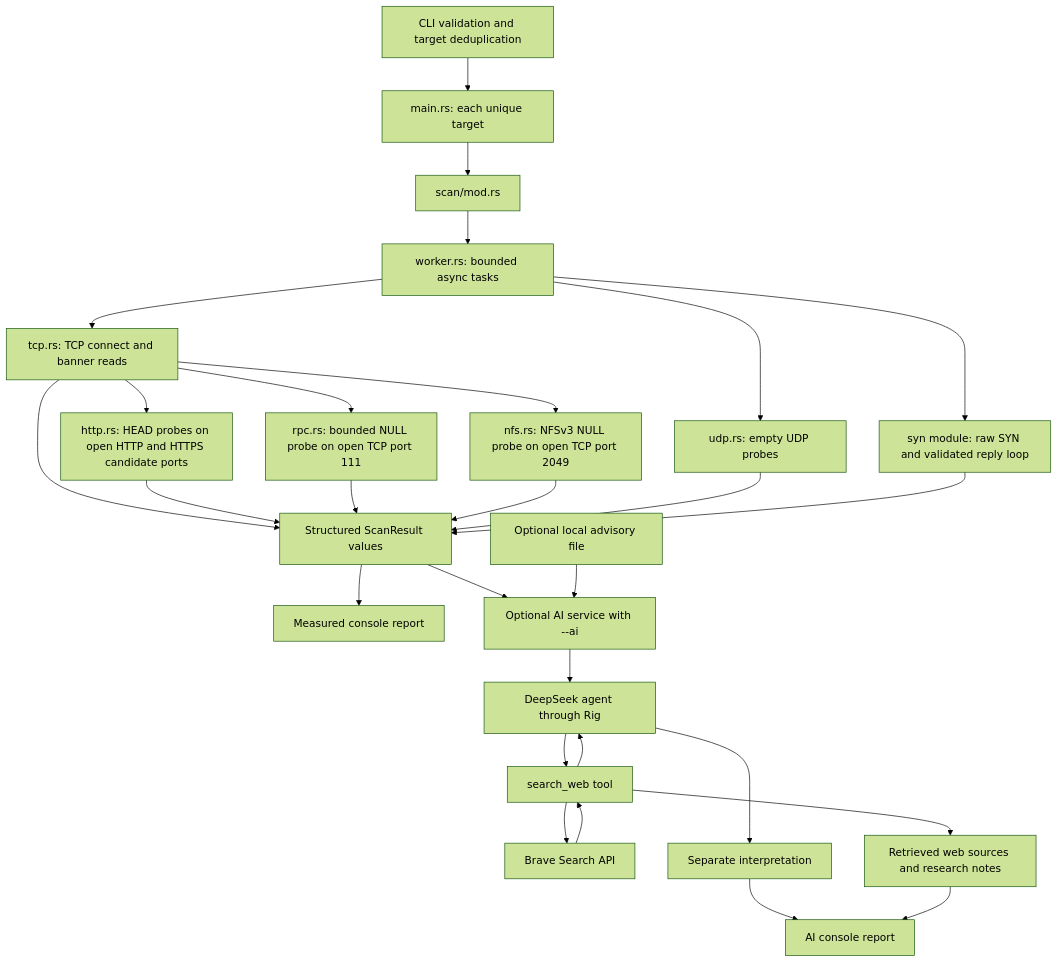
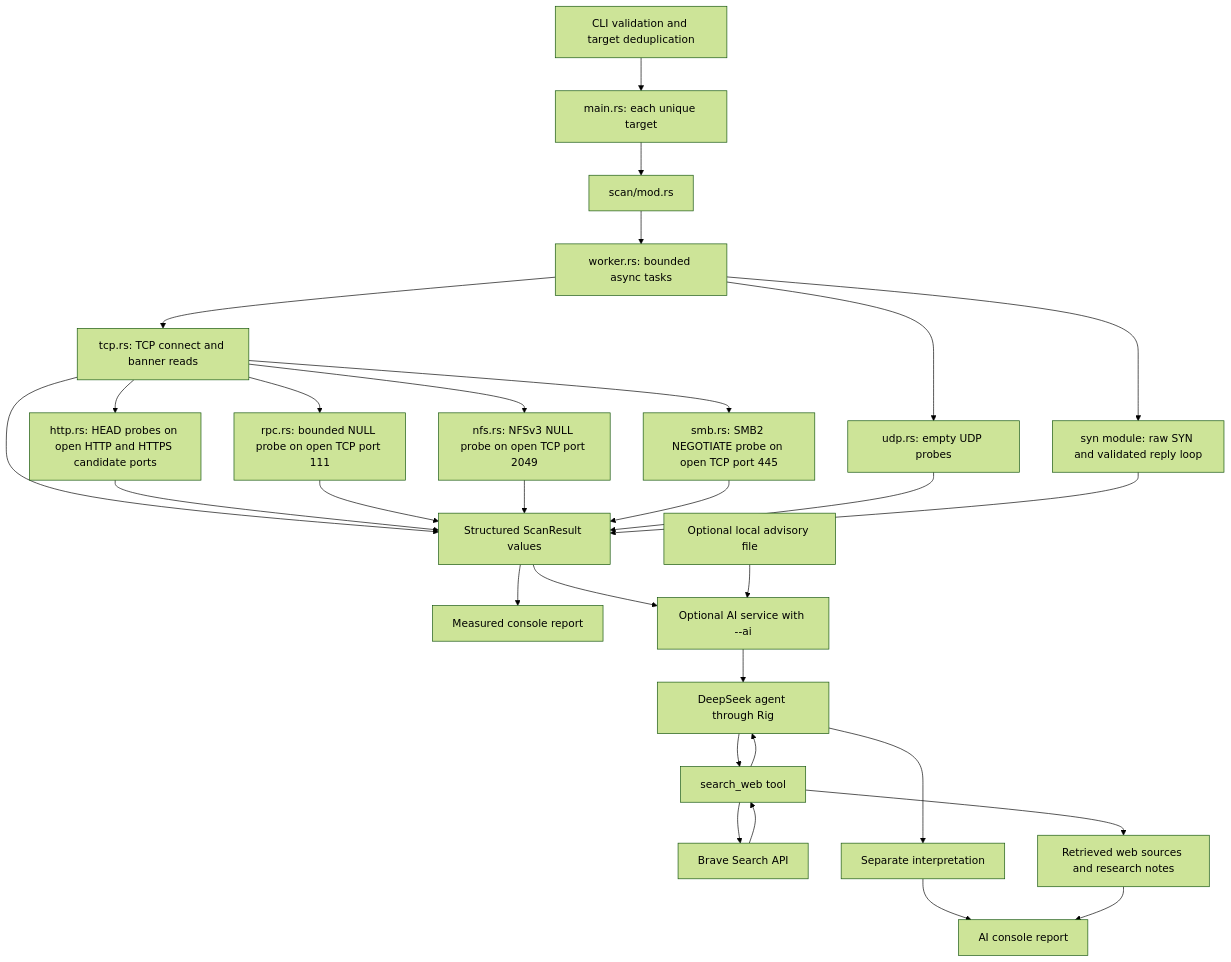
The diagram in docs/architecture.md (frankye961/rmap), drawn with Mermaid (forest theme) before and after one commit. The commit also changed other lines of this file and 20 other files, not shown here.

````diff
--- a/docs/architecture.md
+++ b/docs/architecture.md
@@ -23,30 +23,32 @@
 ```mermaid
 flowchart TD
     CLI[CLI validation and target deduplication] --> Hosts[main.rs: each unique target]
     Hosts --> Entry[scan/mod.rs]
     Entry --> Pool[worker.rs: bounded async tasks]
     Pool --> TCP[tcp.rs: TCP connect and banner reads]
     Pool --> UDP[udp.rs: empty UDP probes]
     Pool --> SYN[syn module: raw SYN and validated reply loop]
     TCP --> HTTP[http.rs: HEAD probes on open HTTP and HTTPS candidate ports]
     TCP --> RPC[rpc.rs: bounded NULL probe on open TCP port 111]
     TCP --> NFS[nfs.rs: NFSv3 NULL probe on open TCP port 2049]
+    TCP --> SMB[smb.rs: SMB2 NEGOTIATE probe on open TCP port 445]
     TCP --> Results[Structured ScanResult values]
     HTTP --> Results
     RPC --> Results
     NFS --> Results
+    SMB --> Results
     UDP --> Results
     SYN --> Results
     Results --> Report[Measured console report]
     Results --> AI[Optional AI service with --ai]
     Local[Optional local advisory file] --> AI
     AI --> Agent[DeepSeek agent through Rig]
     Agent --> Search[search_web tool]
     Search --> Brave[Brave Search API]
     Brave --> Search
     Search --> Agent
     Agent --> Analysis[Separate interpretation]
     Search --> Evidence[Retrieved web sources and research notes]
     Analysis --> AIReport[AI console report]
     Evidence --> AIReport
 ```
````
